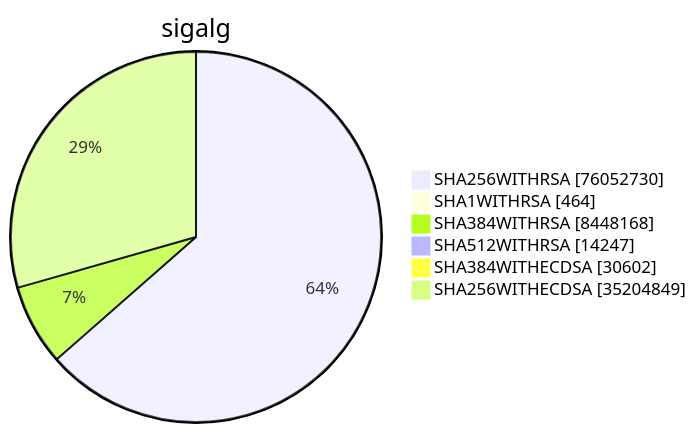
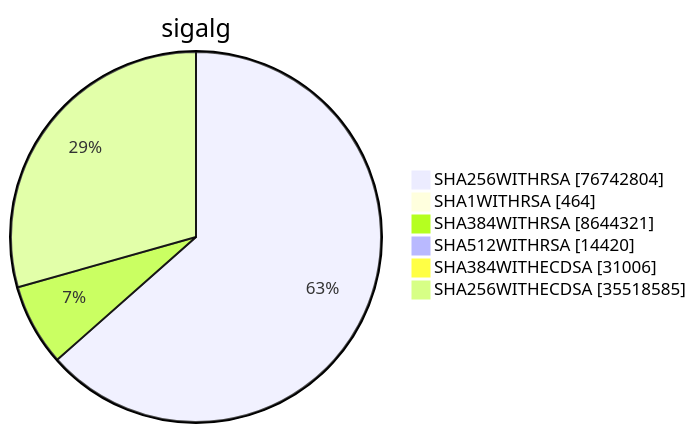
One commit to christiankrug/ctmonitor_visualization changed diagram 15 of 15 in argon2023/README.md. Above: the diagram before and after it, drawn with Mermaid. The commit also changed other lines of this file, not shown here.

````diff
--- a/argon2023/README.md
+++ b/argon2023/README.md
@@ -4568,10 +4576,10 @@
 ```mermaid
 pie showData
 title sigalg
-"SHA256WITHRSA" :76052730
+"SHA256WITHRSA" :76742804
 "SHA1WITHRSA" :464
-"SHA384WITHRSA" :8448168
-"SHA512WITHRSA" :14247
-"SHA384WITHECDSA" :30602
-"SHA256WITHECDSA" :35204849
+"SHA384WITHRSA" :8644321
+"SHA512WITHRSA" :14420
+"SHA384WITHECDSA" :31006
+"SHA256WITHECDSA" :35518585
 ```
````
